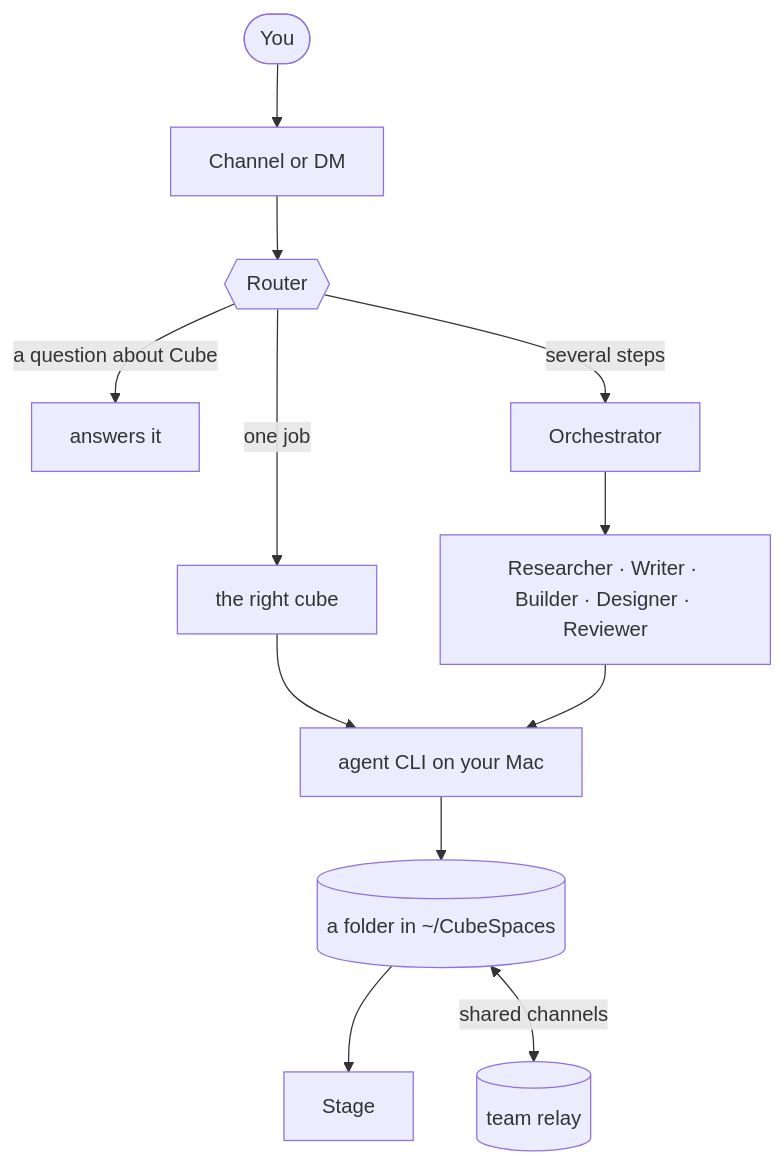
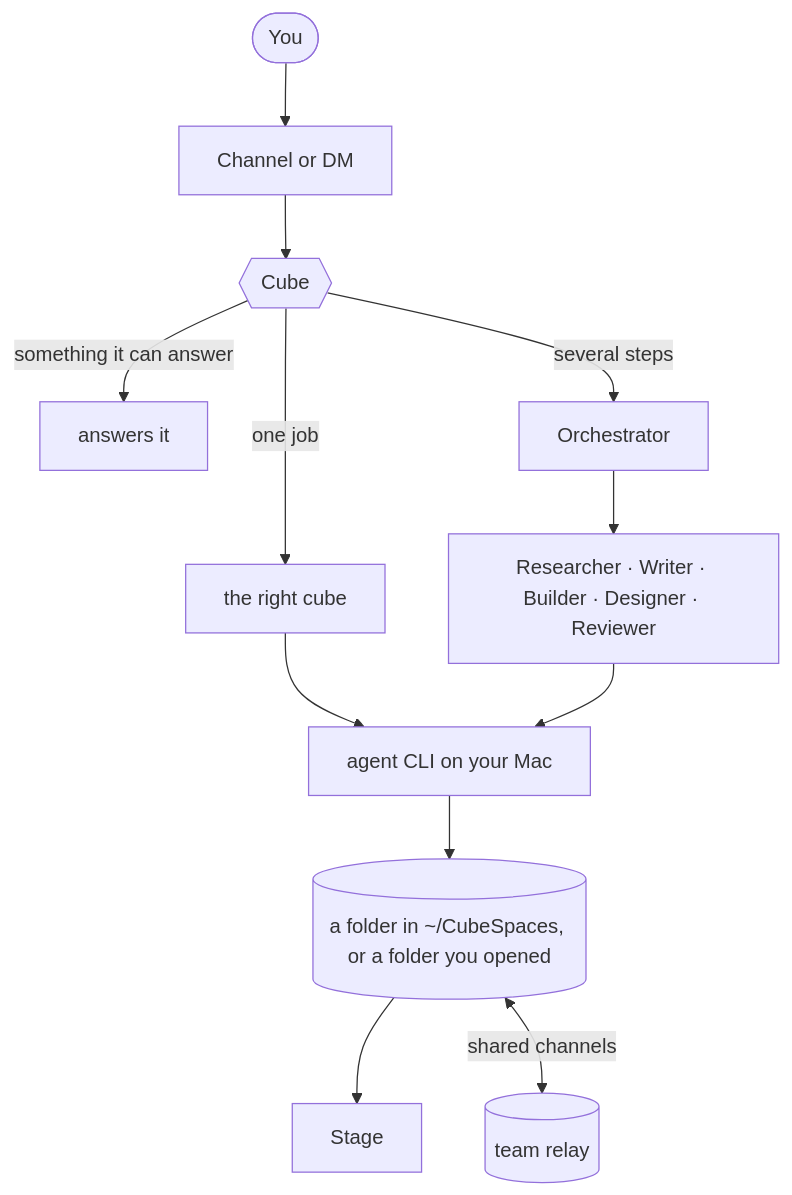
Before and after one commit to HarryKane11/cube: the diagram in README.md, drawn with Mermaid. The commit also changed other lines of this file and 25 other files, not shown here.

````diff
--- a/README.md
+++ b/README.md
@@ -227,14 +237,14 @@
 ```mermaid
 flowchart TD
   you([You]) --> conv[Channel or DM]
-  conv --> router{{Router}}
-  router -- "a question about Cube" --> self[answers it]
+  conv --> router{{Cube}}
+  router -- "something it can answer" --> self[answers it]
   router -- "one job" --> one[the right cube]
   router -- "several steps" --> orch[Orchestrator]
   orch --> team[Researcher · Writer · Builder · Designer · Reviewer]
   one --> cli
   team --> cli[agent CLI on your Mac]
-  cli --> folder[("a folder in ~/CubeSpaces")]
+  cli --> folder[("a folder in ~/CubeSpaces, or a folder you opened")]
   folder --> stage[Stage]
   folder <-->|shared channels| relay[(team relay)]
 ```
````
